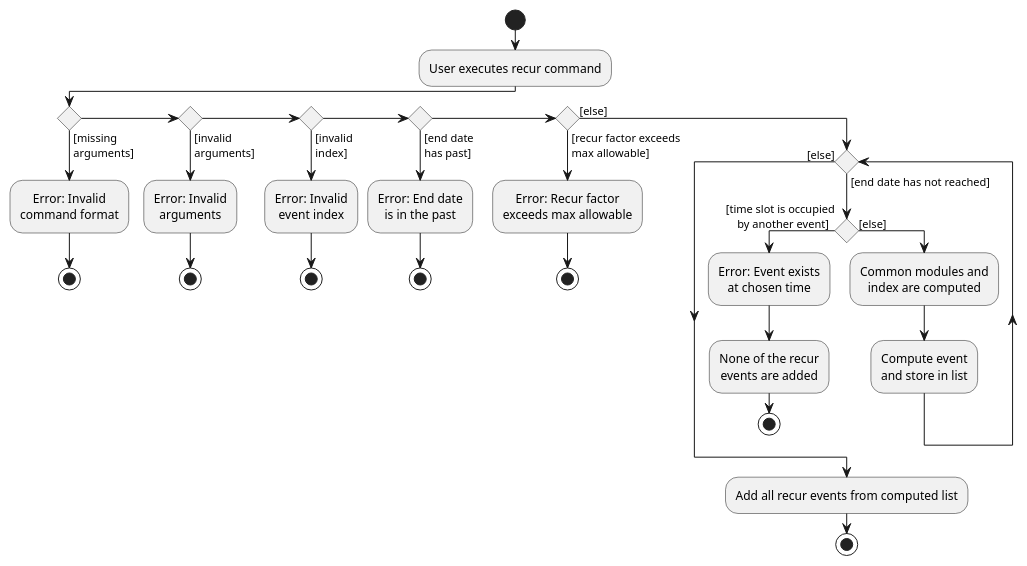
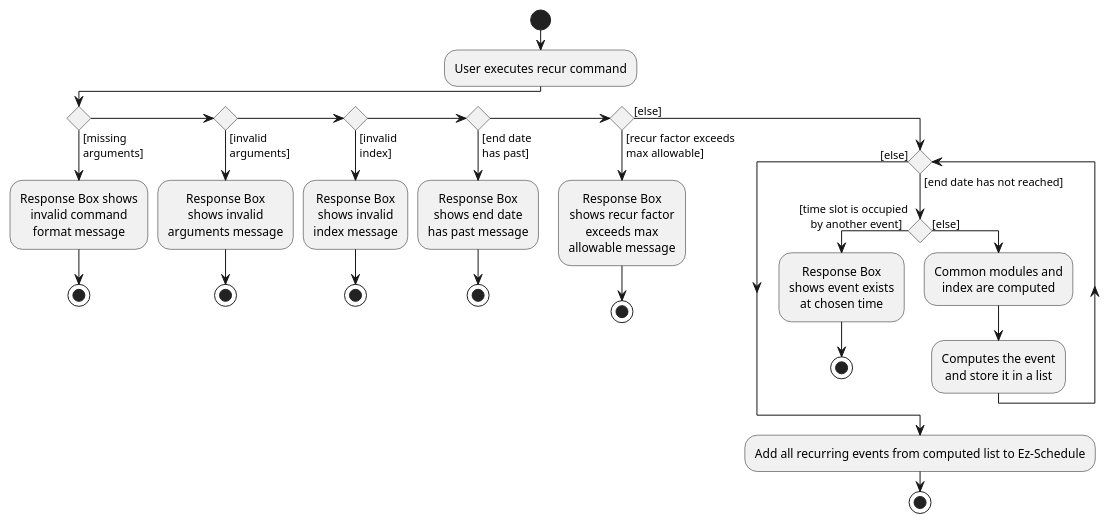
One commit to nus-cs2103-AY2223S2/tp changed the diagram in docs/diagrams/RecurCommandActivityDiagram.puml. Above: the diagram before and after it, drawn with PlantUML. The commit also changed 6 other files, not shown here.

Commit message:
Update Activtiy Diagram

```diff
--- a/docs/diagrams/RecurCommandActivityDiagram.puml
+++ b/docs/diagrams/RecurCommandActivityDiagram.puml
@@ -1,52 +1,57 @@
 @startuml
 skinparam defaultTextAlignment center
 start
 :User executes recur command;
 
 'Since the beta syntax does not support placing the condition outside the
 'diamond we place it as the true branch instead.
 
 if () then ([missing
 arguments])
-    :Error: Invalid
-    command format;
+    :Response Box shows
+    invalid command
+    format message;
 stop
 else if () then ([invalid
 arguments])
-    :Error: Invalid
-    arguments;
+    :Response Box
+    shows invalid
+    arguments message;
 stop
 else if () then ([invalid
 index])
-    :Error: Invalid
-    event index;
+    :Response Box
+    shows invalid
+    index message;
 stop
 else if () then ([end date
 has past])
-    :Error: End date
-    is in the past;
+    :Response Box
+    shows end date
+    has past message;
 stop
 else if () then ([recur factor exceeds
 max allowable])
-    :Error: Recur factor
-    exceeds max allowable;
+    :Response Box
+    shows recur factor
+    exceeds max
+    allowable message;
 stop
 else ([else])
 while () is ([end date has not reached])
     if () then ([time slot is occupied
     by another event])
-        :Error: Event exists
+        :Response Box
+        shows event exists
         at chosen time;
-        :None of the recur
-        events are added;
     stop;
     else ([else])
     :Common modules and
     index are computed;
-    :Compute event
-    and store in list;
+    :Computes the event
+    and store it in a list;
     endif
 endwhile ([else])
-:Add all recur events from computed list;
+:Add all recurring events from computed list to Ez-Schedule;
 stop
 @enduml
```
